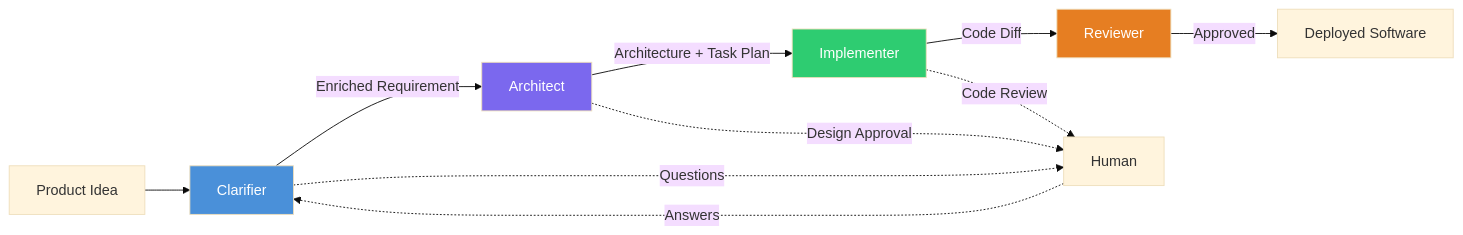
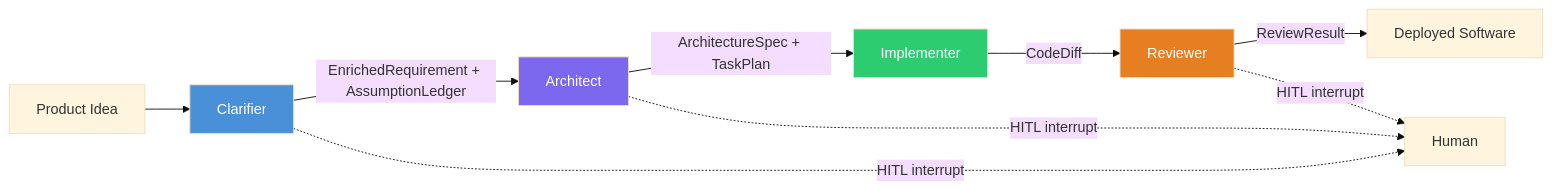
One commit to praveen-gottala/sdlc-agent-swarms changed the diagram in docs/concepts/overview.md. Above: the diagram before and after it, drawn with Mermaid (base theme). The commit also changed other lines of this file and 6 other files, not shown here.

````diff
--- a/docs/concepts/overview.md
+++ b/docs/concepts/overview.md
@@ -19,18 +11,17 @@
 ```mermaid
 graph LR
     A[Product Idea] --> B[Clarifier]
-    B -->|Enriched Requirement| C[Architect]
-    C -->|Architecture + Task Plan| D[Implementer]
-    D -->|Code Diff| E[Reviewer]
-    E -->|Approved| F[Deployed Software]
+    B -->|EnrichedRequirement + AssumptionLedger| C[Architect]
+    C -->|ArchitectureSpec + TaskPlan| D[Implementer]
+    D -->|CodeDiff| E[Reviewer]
+    E -->|ReviewResult| F[Deployed Software]
 
-    B -.->|Questions| H[Human]
-    H -.->|Answers| B
-    C -.->|Design Approval| H
-    D -.->|Code Review| H
+    B -.->|HITL interrupt| H[Human]
+    C -.->|HITL interrupt| H
+    E -.->|HITL interrupt| H
 
     style B fill:#4A90D9,color:#fff
     style C fill:#7B68EE,color:#fff
     style D fill:#2ECC71,color:#fff
     style E fill:#E67E22,color:#fff
 ```
````
